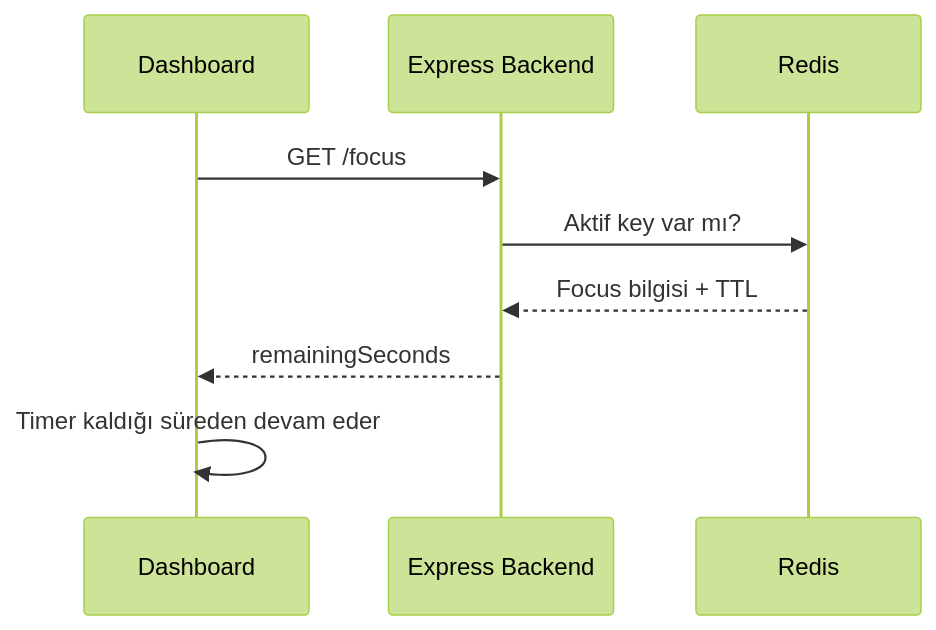
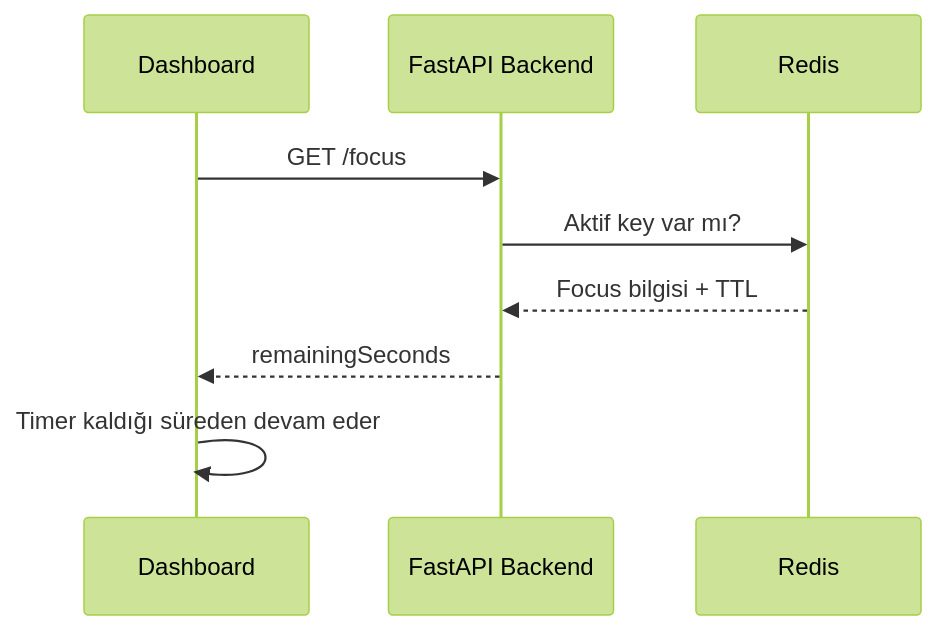
The seventh of 11 diagrams in docs/ARCHITECTURE.md (Elif-Eroglu/focustrack), drawn with Mermaid (forest theme) before and after one commit. The commit also changed other lines of this file and 3889 other files, not shown here.

Commit message:
Backend'i Python (FastAPI) ile yeniden yaz

````diff
--- a/docs/ARCHITECTURE.md
+++ b/docs/ARCHITECTURE.md
@@ -545,12 +545,12 @@
 ```mermaid
 sequenceDiagram
     participant F as Dashboard
-    participant B as Express Backend
+    participant B as FastAPI Backend
     participant R as Redis
 
     F->>B: GET /focus
     B->>R: Aktif key var mı?
     R-->>B: Focus bilgisi + TTL
     B-->>F: remainingSeconds
     F->>F: Timer kaldığı süreden devam eder
 ```
````
